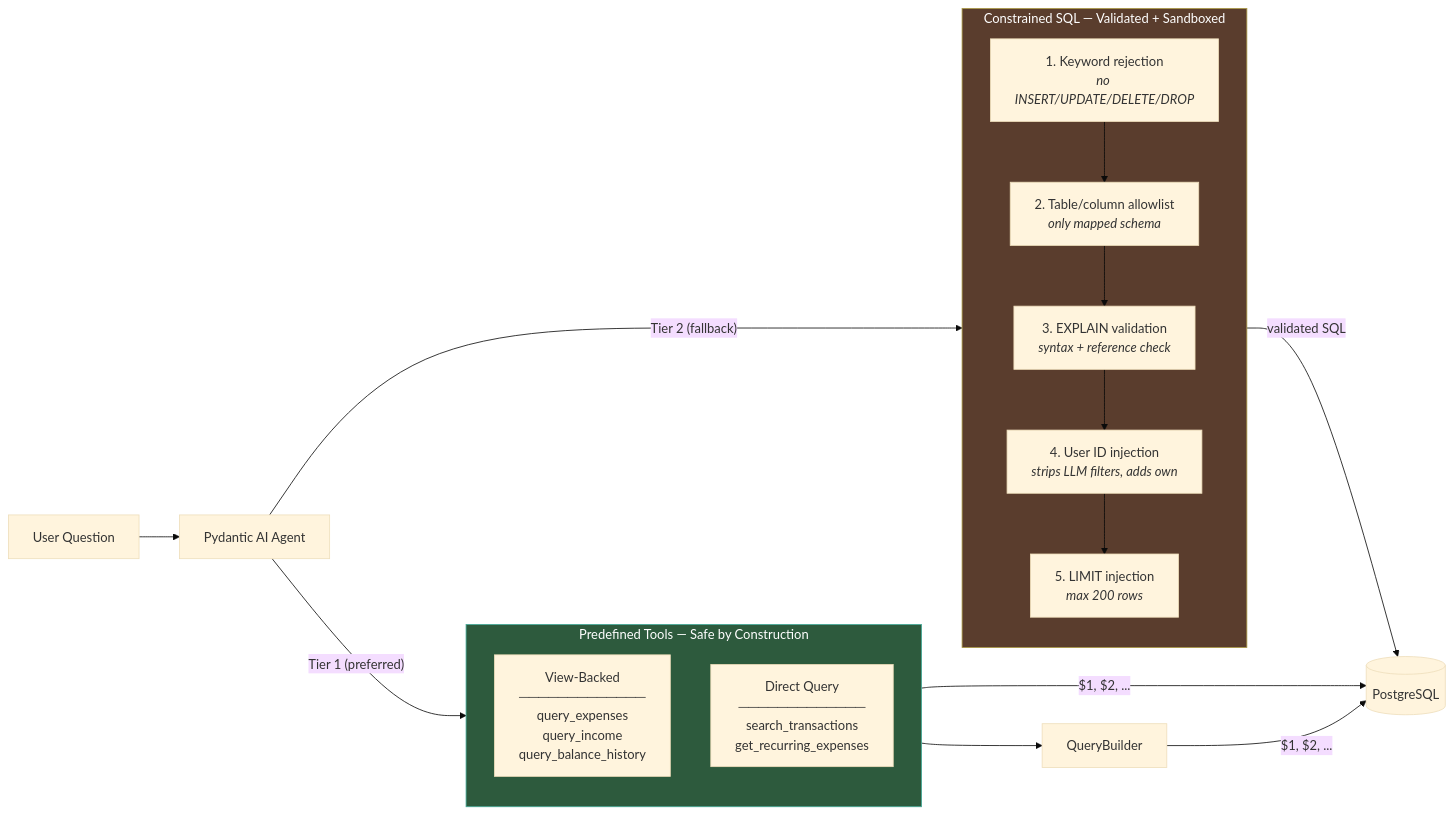
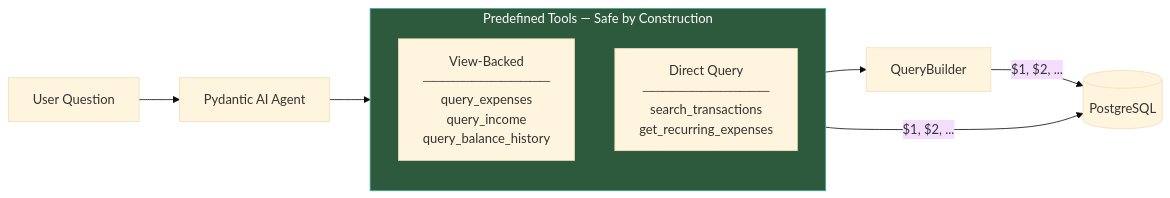
One commit to maxibove13/finance-query-agent changed the fourth of 8 diagrams in README.md. Above: the diagram before and after it, drawn with Mermaid (base theme). The commit also changed other lines of this file and 15 other files, not shown here.

First line of the commit message:
fix: remove fallback SQL tool, add view mappings to localstack schema, update docs

````diff
--- a/README.md
+++ b/README.md
@@ -141,31 +137,18 @@
 ```mermaid
 graph LR
     Q[User Question] --> AGENT[Pydantic AI Agent]
 
-    AGENT -->|"Tier 1 (preferred)"| PREDEFINED
-    AGENT -->|"Tier 2 (fallback)"| CONSTRAINED
+    AGENT --> PREDEFINED
 
     subgraph PREDEFINED["Predefined Tools — Safe by Construction"]
         direction TB
         V["View-Backed<br/>─────────────<br/>query_expenses<br/>query_income<br/>query_balance_history"]
         D["Direct Query<br/>─────────────<br/>search_transactions<br/>get_recurring_expenses"]
     end
 
-    subgraph CONSTRAINED["Constrained SQL — Validated + Sandboxed"]
-        direction TB
-        V1["1. Keyword rejection<br/><i>no INSERT/UPDATE/DELETE/DROP</i>"]
-        V2["2. Table/column allowlist<br/><i>only mapped schema</i>"]
-        V3["3. EXPLAIN validation<br/><i>syntax + reference check</i>"]
-        V4["4. User ID injection<br/><i>strips LLM filters, adds own</i>"]
-        V5["5. LIMIT injection<br/><i>max 200 rows</i>"]
-        V1 --> V2 --> V3 --> V4 --> V5
-    end
-
     V -->|"$1, $2, ..."| DB[(PostgreSQL)]
     D --> QB[QueryBuilder]
     QB -->|"$1, $2, ..."| DB
-    CONSTRAINED -->|"validated SQL"| DB
 
     style PREDEFINED fill:#2d5a3d,stroke:#4a9,color:#fff
-    style CONSTRAINED fill:#5a3d2d,stroke:#a94,color:#fff
 ```
````
